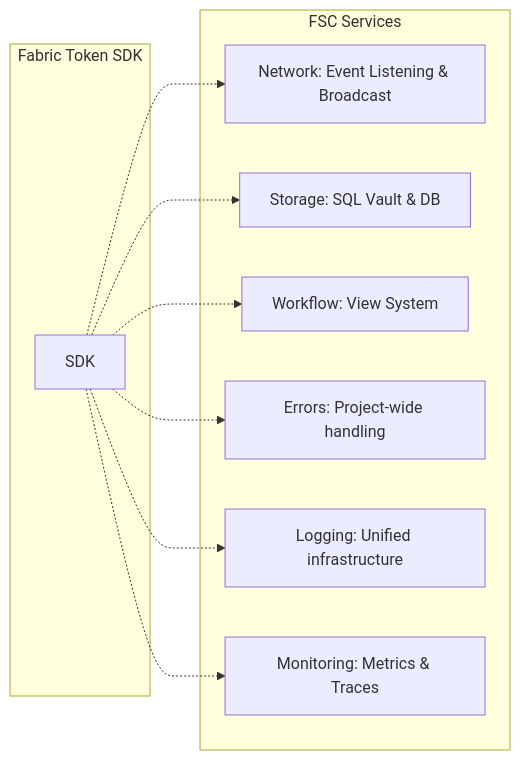
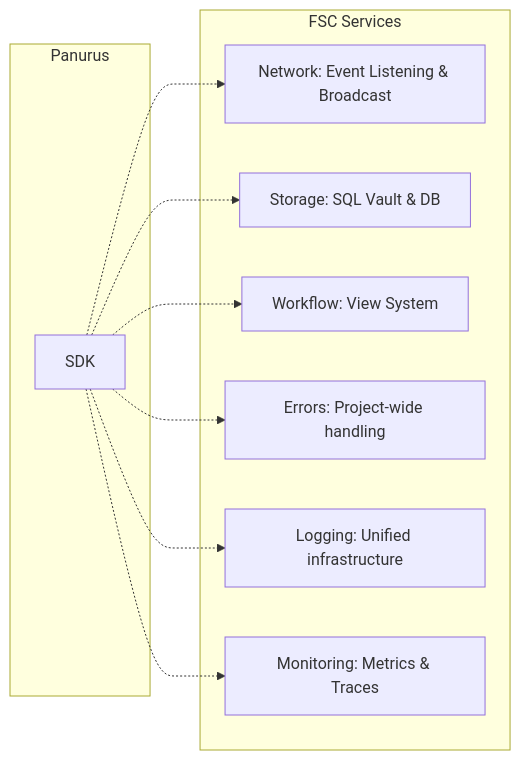
One commit to hyperledger-labs/fabric-token-sdk changed the second of 3 diagrams in docs/tokensdk.md. Above: the diagram before and after it, drawn with Mermaid. The commit also changed other lines of this file and 1264 other files, not shown here.

Commit message:
rename fabric token sdk to panurus

````diff
--- a/docs/tokensdk.md
+++ b/docs/tokensdk.md
@@ -91,22 +91,22 @@
 ```mermaid
 graph LR
-    subgraph FTS [Fabric Token SDK]
-        FTSCore[SDK]
+    subgraph Panurus [Panurus]
+        PanurusCore[SDK]
     end
 
     subgraph FSC Services
         Network[Network: Event Listening & Broadcast]
         Storage[Storage: SQL Vault & DB]
         Workflow[Workflow: View System]
         Errors[Errors: Project-wide handling]
         Logging[Logging: Unified infrastructure]
         Monitoring[Monitoring: Metrics & Traces]
     end
 
-    FTSCore -.-> Network
-    FTSCore -.-> Storage
-    FTSCore -.-> Workflow
-    FTSCore -.-> Errors
-    FTSCore -.-> Logging
-    FTSCore -.-> Monitoring
+    PanurusCore -.-> Network
+    PanurusCore -.-> Storage
+    PanurusCore -.-> Workflow
+    PanurusCore -.-> Errors
+    PanurusCore -.-> Logging
+    PanurusCore -.-> Monitoring
 ```
````
